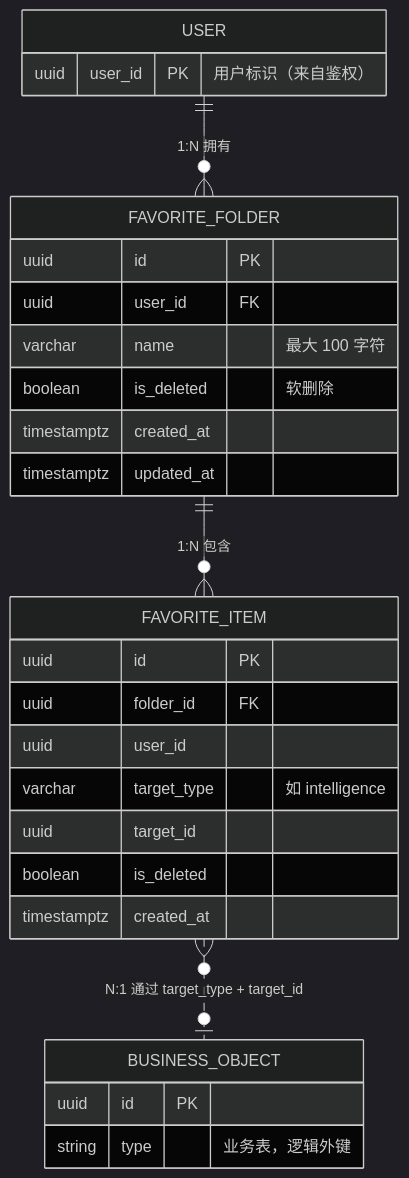
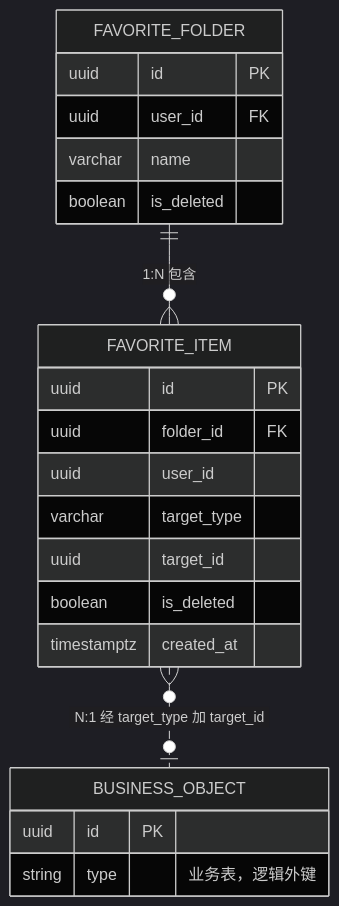
The second of 4 diagrams in docs/design.md (HonkerAcmen/griver_favorites), drawn with Mermaid (dark theme) before and after one commit. The commit also changed other lines of this file and 1 other file, not shown here.

````diff
--- a/docs/design.md
+++ b/docs/design.md
@@ -51,34 +90,27 @@
 ```mermaid
 erDiagram
-    USER {
-        uuid user_id PK "用户标识（来自鉴权）"
-    }
-
     FAVORITE_FOLDER {
         uuid id PK
         uuid user_id FK
-        varchar name "最大 100 字符"
-        boolean is_deleted "软删除"
-        timestamptz created_at
-        timestamptz updated_at
+        varchar name
+        boolean is_deleted
     }
 
     FAVORITE_ITEM {
         uuid id PK
         uuid folder_id FK
         uuid user_id
-        varchar target_type "如 intelligence"
+        varchar target_type
         uuid target_id
         boolean is_deleted
         timestamptz created_at
     }
 
     BUSINESS_OBJECT {
         uuid id PK
         string type "业务表，逻辑外键"
     }
 
-    USER ||--o{ FAVORITE_FOLDER : "1:N 拥有"
     FAVORITE_FOLDER ||--o{ FAVORITE_ITEM : "1:N 包含"
-    FAVORITE_ITEM }o..o| BUSINESS_OBJECT : "N:1 通过 target_type + target_id"
+    FAVORITE_ITEM }o..o| BUSINESS_OBJECT : "N:1 经 target_type 加 target_id"
 ```
````
